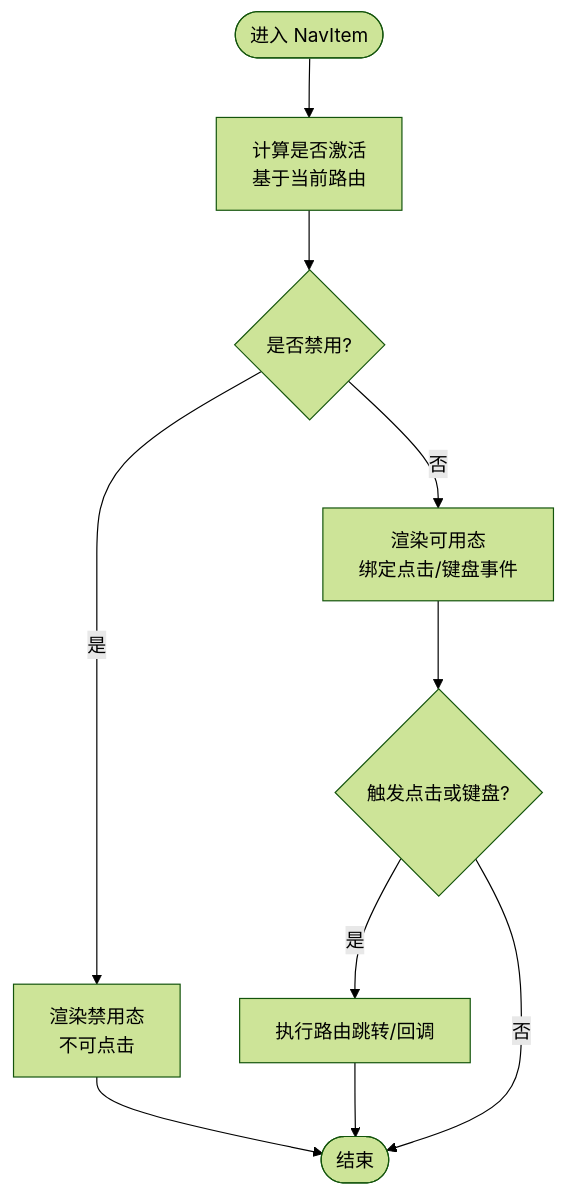
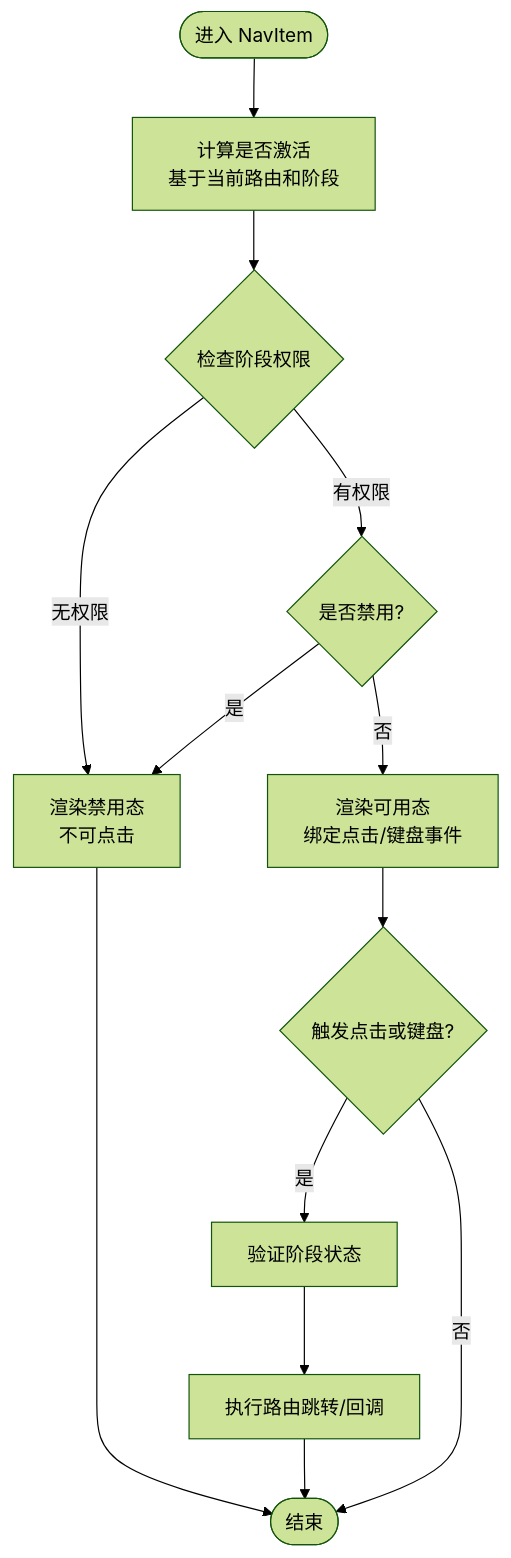
One commit to AIMFllyYS/code-video-canvas changed the fourth of 7 diagrams in .qoder/repowiki/zh/content/UI 组件库/业务组件/顶部导航栏组件.md. Above: the diagram before and after it, drawn with Mermaid (forest theme). The commit also changed other lines of this file and 51 other files, not shown here.

````diff
--- a/.qoder/repowiki/zh/content/UI 组件库/业务组件/顶部导航栏组件.md
+++ b/.qoder/repowiki/zh/content/UI 组件库/业务组件/顶部导航栏组件.md
@@ -213,12 +273,15 @@
 ```mermaid
 flowchart TD
-Start(["进入 NavItem"]) --> CheckActive["计算是否激活<br/>基于当前路由"]
-CheckActive --> RenderState{"是否禁用?"}
-RenderState --> |是| Disabled["渲染禁用态<br/>不可点击"]
+Start(["进入 NavItem"]) --> CheckActive["计算是否激活<br/>基于当前路由和阶段"]
+CheckActive --> CheckStage{"检查阶段权限"}
+CheckStage --> |无权限| Disabled["渲染禁用态<br/>不可点击"]
+CheckStage --> |有权限| RenderState{"是否禁用?"}
+RenderState --> |是| Disabled
 RenderState --> |否| Enabled["渲染可用态<br/>绑定点击/键盘事件"]
 Enabled --> ClickOrKey{"触发点击或键盘?"}
-ClickOrKey --> |是| Navigate["执行路由跳转/回调"]
+ClickOrKey --> |是| ValidateStage["验证阶段状态"]
+ValidateStage --> Navigate["执行路由跳转/回调"]
 ClickOrKey --> |否| End(["结束"])
 Disabled --> End
 Navigate --> End
 ```
````
